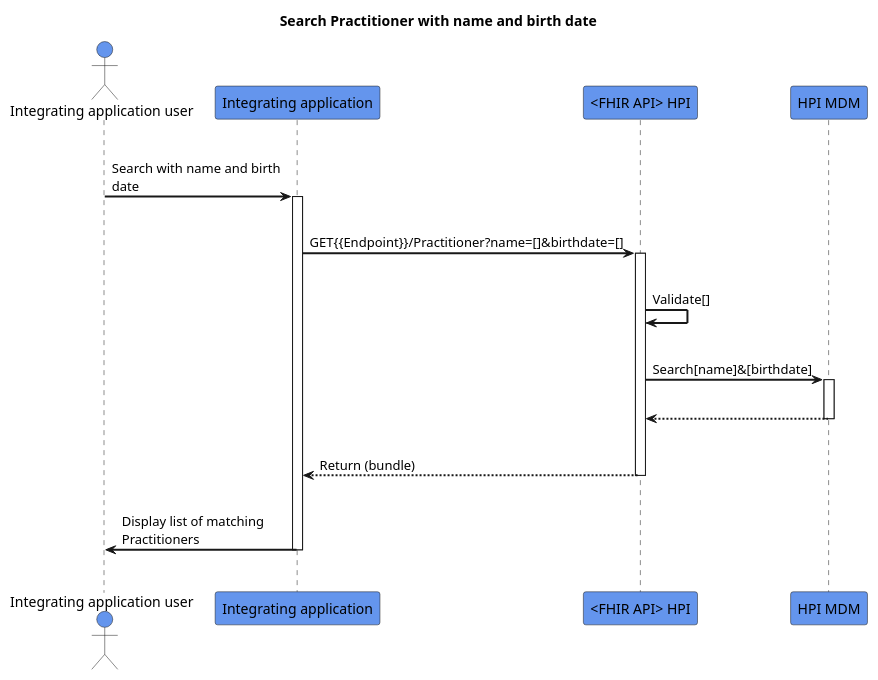
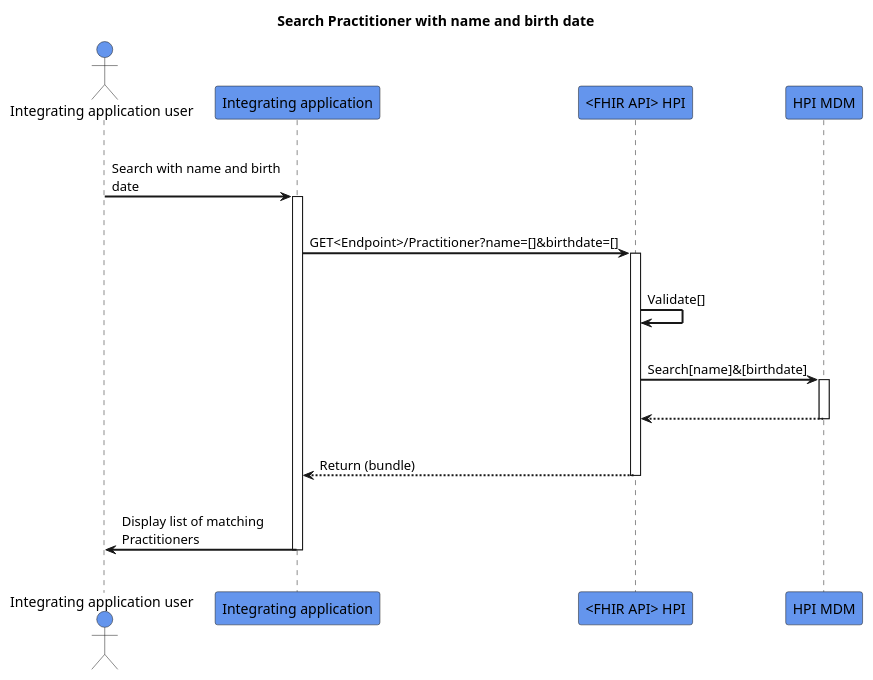
The diagram in input/images-source/search-practitionerwithnamebirthdate.plantuml (HL7NZ/hpi), drawn with PlantUML before and after one commit.

```diff
--- a/input/images-source/search-practitionerwithnamebirthdate.plantuml
+++ b/input/images-source/search-practitionerwithnamebirthdate.plantuml
@@ -1,32 +1,32 @@
 @startuml
 skinparam sequenceArrowThickness 2
 skinparam roundcorner 5
 skinparam maxmessagesize 180
 skinparam sequenceParticipant bold
 title Search Practitioner with name and birth date
 actor "Integrating application user" as User #CornflowerBlue
 participant "Integrating application" as A #CornflowerBlue
 participant "<FHIR API> HPI" as B #CornflowerBlue
 participant "HPI MDM" as C #CornflowerBlue
 |||
 User -> A: Search with name and birth date
 activate A
 |||
-A -> B: GET{{Endpoint}}/Practitioner?name=[]&birthdate=[]
+A -> B: GET<Endpoint>/Practitioner?name=[]&birthdate=[]
 activate B
 |||
 B -> B: Validate[]
 |||
 B -> C: Search[name]&[birthdate]
 activate C
 |||
 C -[dashed]-> B:  
 deactivate C
 |||
 B -[dashed]-> A:Return (bundle)
 deactivate B
 |||
 A -> User: Display list of matching Practitioners
 deactivate A
 |||
 @enduml
```
